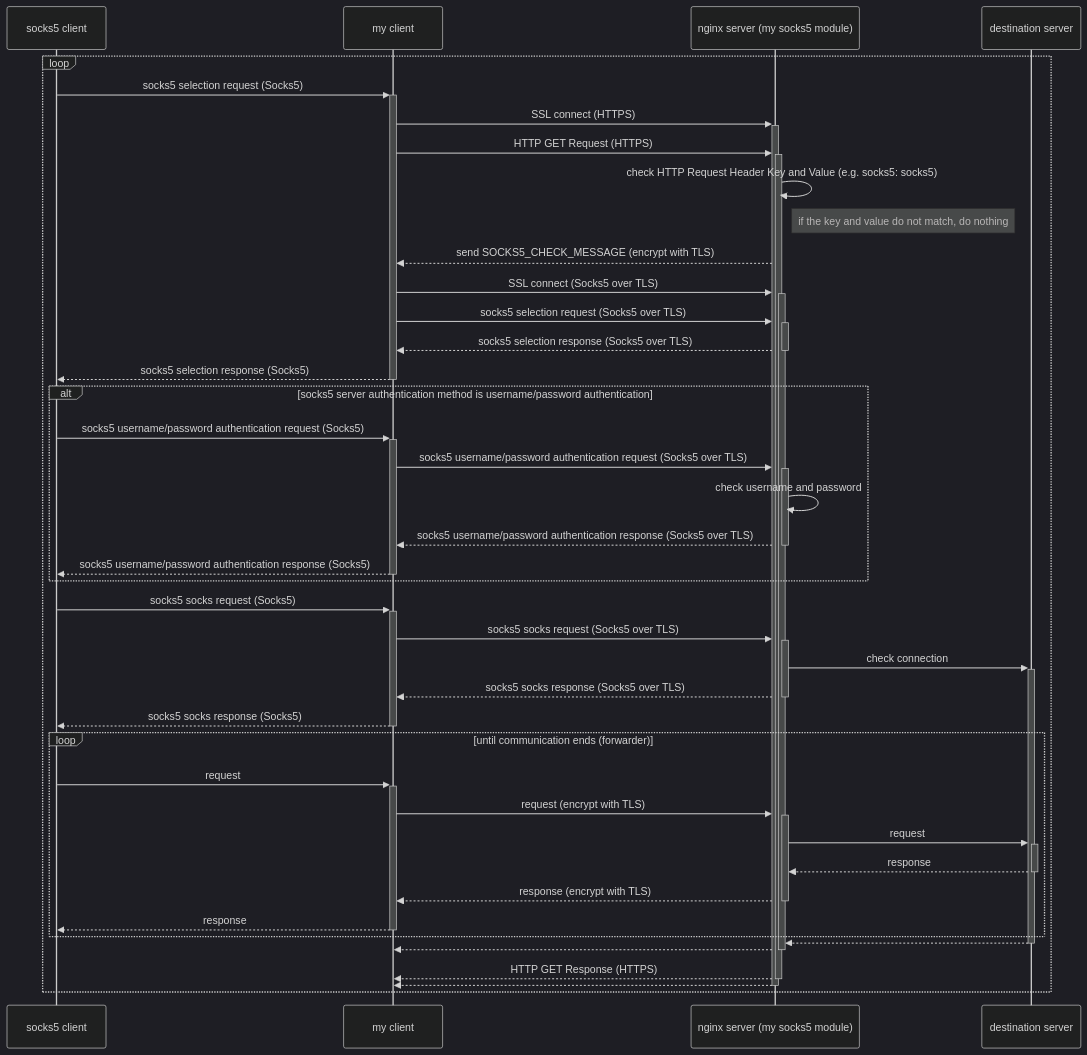
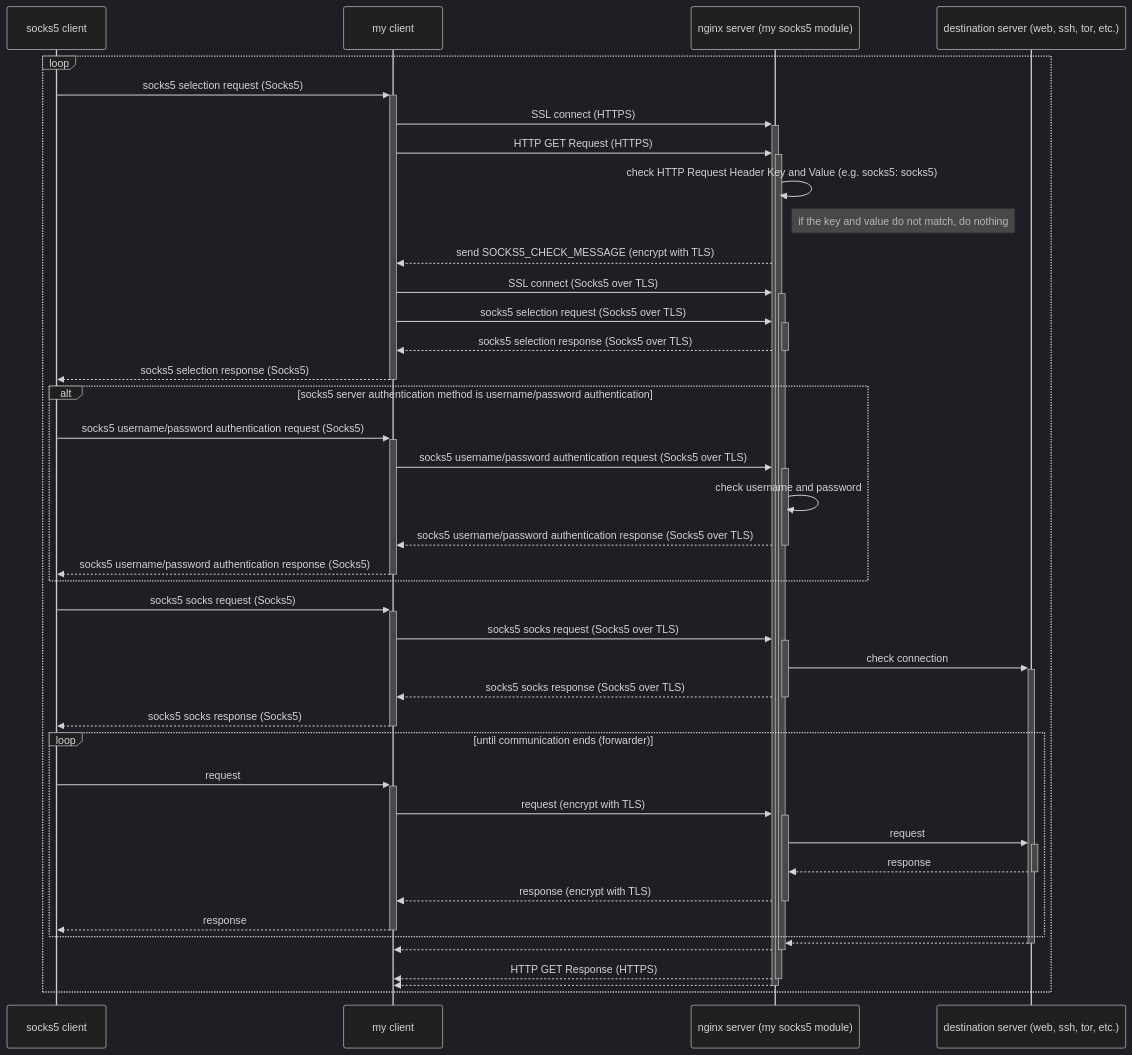
One commit to shuichiro-endo/socks5-nginx-module-v2 changed the diagram in README.md. Above: the diagram before and after it, drawn with Mermaid (dark theme). The commit also changed other lines of this file, not shown here.

````diff
--- a/README.md
+++ b/README.md
@@ -10,43 +10,43 @@
 ```mermaid
 sequenceDiagram
     participant A as socks5 client
     participant B as my client
     participant C as nginx server (my socks5 module)
-    participant D as destination server
+    participant D as destination server (web, ssh, tor, etc.)
     loop 
         A->>+B: socks5 selection request (Socks5)
         B->>+C: SSL connect (HTTPS)
         B->>+C: HTTP GET Request (HTTPS)
         C->>C: check HTTP Request Header Key and Value (e.g. socks5: socks5)
         note right of C: if the key and value do not match, do nothing
         C-->>B: send SOCKS5_CHECK_MESSAGE (encrypt with TLS)
         B->>+C: SSL connect (Socks5 over TLS)
         B->>+C: socks5 selection request (Socks5 over TLS)
         C-->>-B: socks5 selection response (Socks5 over TLS)
         B-->>-A: socks5 selection response (Socks5)
         alt socks5 server authentication method is username/password authentication
         A->>+B: socks5 username/password authentication request (Socks5)
         B->>+C: socks5 username/password authentication request (Socks5 over TLS)
         C->>C: check username and password
         C-->>-B: socks5 username/password authentication response (Socks5 over TLS)
         B-->>-A: socks5 username/password authentication response (Socks5)
         end
         A->>+B: socks5 socks request (Socks5)
         B->>+C: socks5 socks request (Socks5 over TLS)
         C->>+D: check connection
         C-->>-B: socks5 socks response (Socks5 over TLS)
         B-->>-A: socks5 socks response (Socks5)
         loop until communication ends (forwarder)
             A->>+B: request
             B->>+C: request (encrypt with TLS)
             C->>+D: request
             D-->>-C: response
             C-->>-B: response (encrypt with TLS)
             B-->>-A: response
         end
         D-->>-C:  
         C-->>-B: 
         C-->>-B: HTTP GET Response (HTTPS)
         C-->>-B: 
     end
 ```
````
